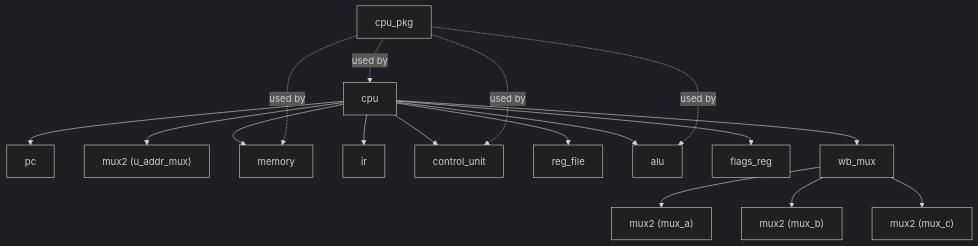
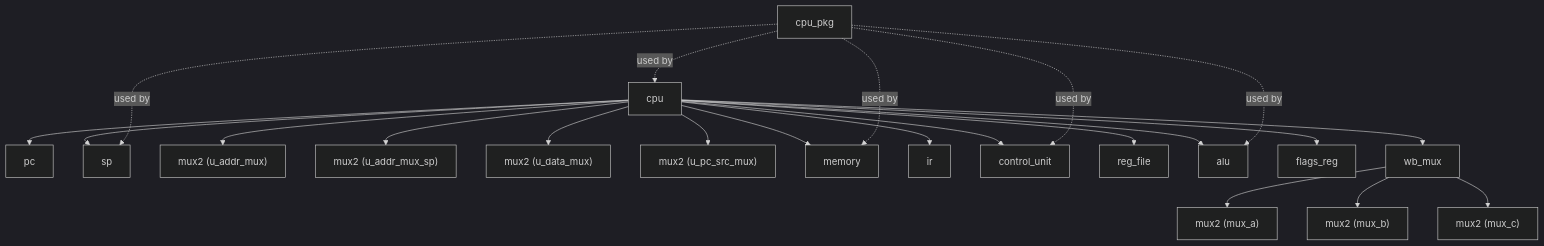
One commit to Johnyzour/8-bit-cpu changed the fourth of 4 diagrams in README.md. Above: the diagram before and after it, drawn with Mermaid (dark theme). The commit also changed other lines of this file and 9 other files, not shown here.

````diff
--- a/README.md
+++ b/README.md
@@ -448,19 +542,24 @@
 ```mermaid
 flowchart TD
     CPU["cpu"] --> PC["pc"]
+    CPU --> SP["sp"]
     CPU --> AM["mux2 (u_addr_mux)"]
+    CPU --> AM2["mux2 (u_addr_mux_sp)"]
+    CPU --> DM["mux2 (u_data_mux)"]
+    CPU --> PM["mux2 (u_pc_src_mux)"]
     CPU --> MEM["memory"]
     CPU --> IR["ir"]
     CPU --> CU["control_unit"]
     CPU --> RF["reg_file"]
     CPU --> ALU["alu"]
     CPU --> FL["flags_reg"]
     CPU --> WB["wb_mux"]
     WB --> M1["mux2 (mux_a)"]
     WB --> M2["mux2 (mux_b)"]
     WB --> M3["mux2 (mux_c)"]
     PKG["cpu_pkg"] -. used by .-> MEM
+    PKG -. used by .-> SP
     PKG -. used by .-> CU
     PKG -. used by .-> ALU
     PKG -. used by .-> CPU
 ```
````
